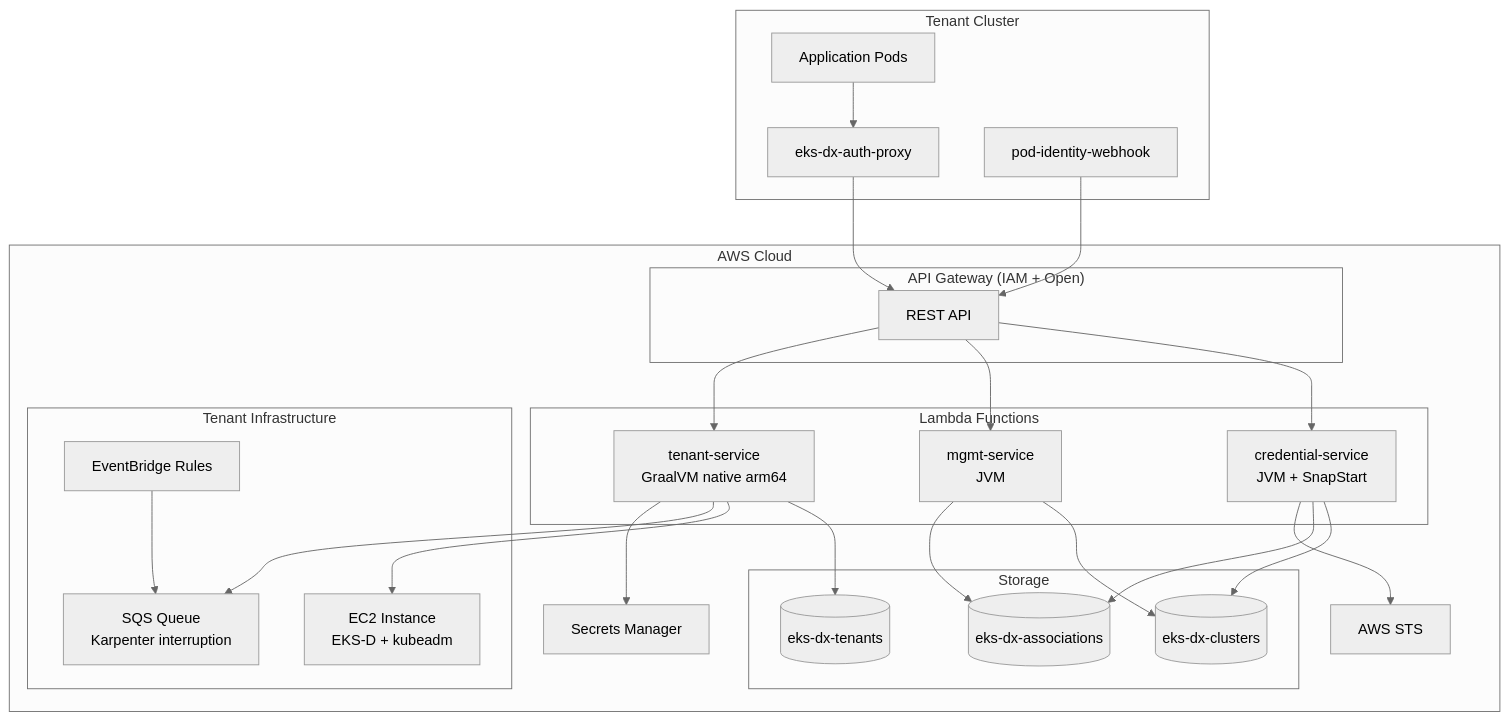
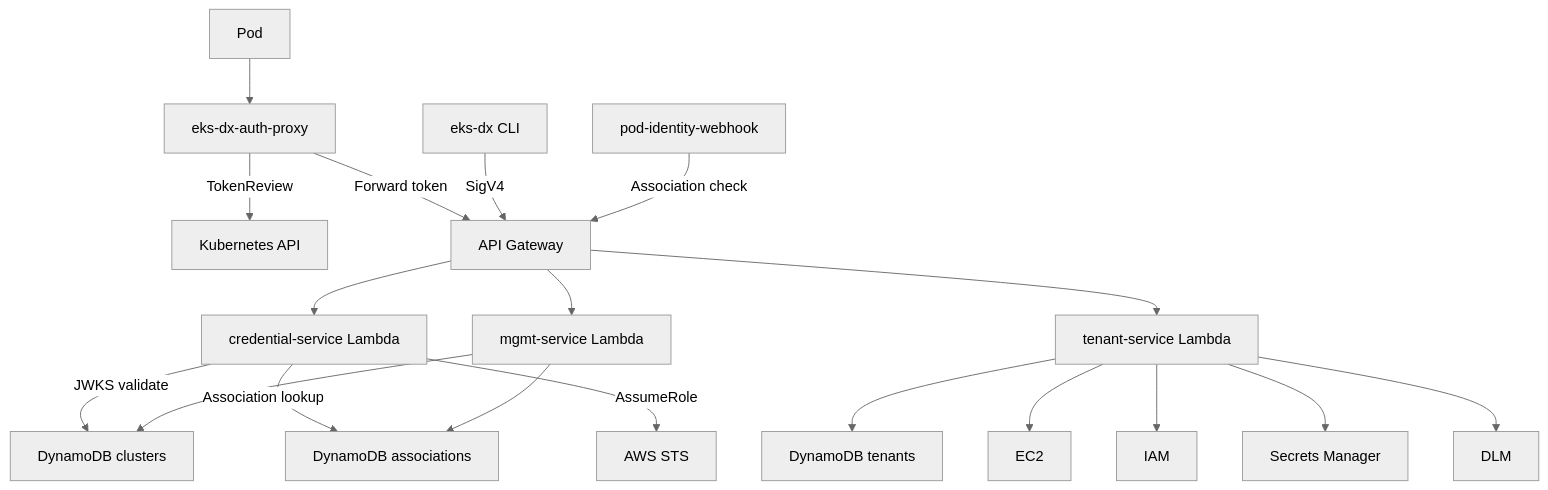
The first of 2 diagrams in .agents/summary/architecture.md (plasticity-of-cloud/eks-d-xpress-control-plane), drawn with Mermaid (neutral theme) before and after one commit. The commit also changed other lines of this file and 9 other files, not shown here.

````diff
--- a/.agents/summary/architecture.md
+++ b/.agents/summary/architecture.md
@@ -9,40 +5,24 @@
 ```mermaid
 graph TB
-    subgraph "AWS Cloud"
-        subgraph "API Gateway (IAM + Open)"
-            APIGW[REST API]
-        end
-        subgraph "Lambda Functions"
-            Cred[credential-service<br/>JVM + SnapStart]
-            Mgmt[mgmt-service<br/>JVM]
-            Tenant[tenant-service<br/>GraalVM native arm64]
-        end
-        subgraph "Storage"
-            Clusters[(eks-dx-clusters)]
-            Assoc[(eks-dx-associations)]
-            Tenants[(eks-dx-tenants)]
-        end
-        subgraph "Tenant Infrastructure"
-            EC2[EC2 Instance<br/>EKS-D + kubeadm]
-            SQS[SQS Queue<br/>Karpenter interruption]
-            EB[EventBridge Rules]
-        end
-        STS[AWS STS]
-        SM[Secrets Manager]
-    end
-    
-    subgraph "Tenant Cluster"
-        Proxy[eks-dx-auth-proxy]
-        Webhook[pod-identity-webhook]
-        Pods[Application Pods]
-    end
-    
-    APIGW --> Cred & Mgmt & Tenant
-    Cred --> Clusters & Assoc & STS
-    Mgmt --> Clusters & Assoc
-    Tenant --> Tenants & EC2 & SQS & SM
-    EB --> SQS
-    Proxy --> APIGW
-    Webhook --> APIGW
-    Pods --> Proxy
+    Pod[Pod] --> Agent[eks-dx-auth-proxy]
+    Agent -->|TokenReview| K8sAPI[Kubernetes API]
+    Agent -->|Forward token| APIGW[API Gateway]
+    APIGW --> CredFn[credential-service Lambda]
+    CredFn -->|JWKS validate| DDB1[DynamoDB clusters]
+    CredFn -->|Association lookup| DDB2[DynamoDB associations]
+    CredFn -->|AssumeRole| STS[AWS STS]
+
+    CLI[eks-dx CLI] -->|SigV4| APIGW
+    APIGW --> MgmtFn[mgmt-service Lambda]
+    MgmtFn --> DDB1
+    MgmtFn --> DDB2
+
+    APIGW --> TenantFn[tenant-service Lambda]
+    TenantFn --> DDB3[DynamoDB tenants]
+    TenantFn --> EC2[EC2]
+    TenantFn --> IAM[IAM]
+    TenantFn --> SM[Secrets Manager]
+    TenantFn --> DLM[DLM]
+
+    Webhook[pod-identity-webhook] -->|Association check| APIGW
 ```
````
